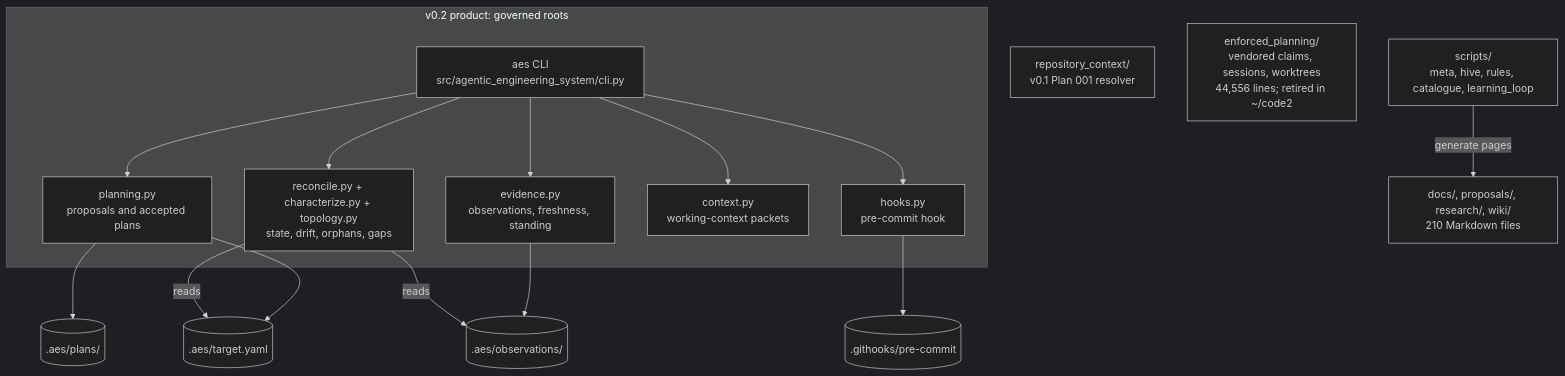
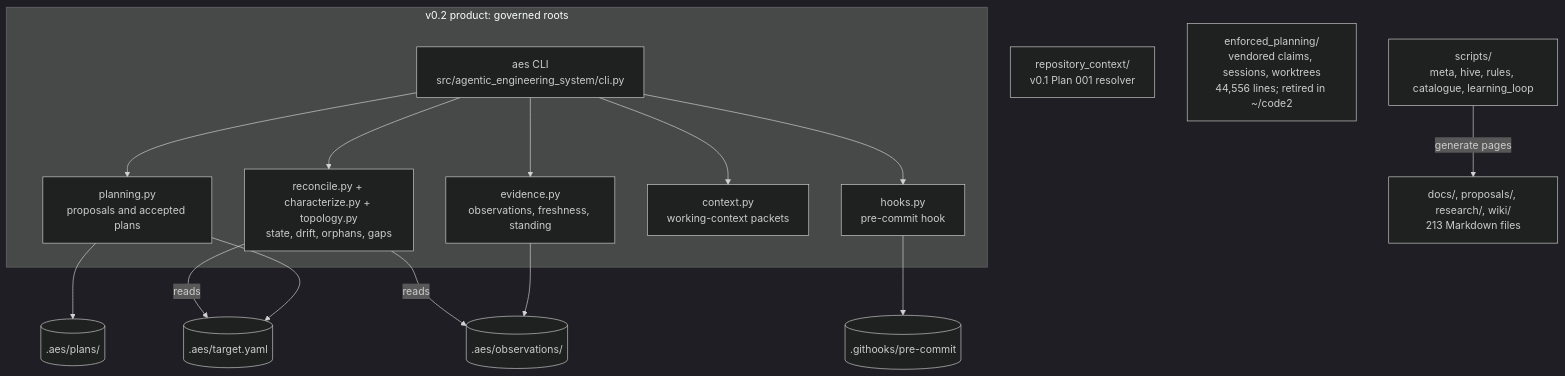
The second of 2 diagrams in docs/planning/SYSTEM_MODEL.md (BrianMills2718/agentic-engineering-system-canonical), drawn with Mermaid (dark theme) before and after one commit. The commit also changed 5 other files, not shown here.

````diff
--- a/docs/planning/SYSTEM_MODEL.md
+++ b/docs/planning/SYSTEM_MODEL.md
@@ -38,28 +38,28 @@
 ```mermaid
 flowchart TB
   subgraph v02[v0.2 product: governed roots]
     cli[aes CLI<br/>src/agentic_engineering_system/cli.py]
     plan[planning.py<br/>proposals and accepted plans]
     ev[evidence.py<br/>observations, freshness, standing]
     rec[reconcile.py + characterize.py + topology.py<br/>state, drift, orphans, gaps]
     ctx[context.py<br/>working-context packets]
     hk[hooks.py<br/>pre-commit hook]
   end
   v01[repository_context/<br/>v0.1 Plan 001 resolver]
   ep[enforced_planning/<br/>vendored claims, sessions, worktrees<br/>44,556 lines; retired in ~/code2]
   scr[scripts/<br/>meta, hive, rules, catalogue, learning_loop]
-  docs[docs/, proposals/, research/, wiki/<br/>210 Markdown files]
+  docs[docs/, proposals/, research/, wiki/<br/>213 Markdown files]
   t[(.aes/target.yaml)]
   o[(.aes/observations/)]
   p[(.aes/plans/)]
   g[(.githooks/pre-commit)]
   cli --> plan --> t
   plan --> p
   cli --> ev --> o
   cli --> rec
   rec -->|reads| t
   rec -->|reads| o
   cli --> ctx
   cli --> hk --> g
   scr -->|generate pages| docs
 ```
````
